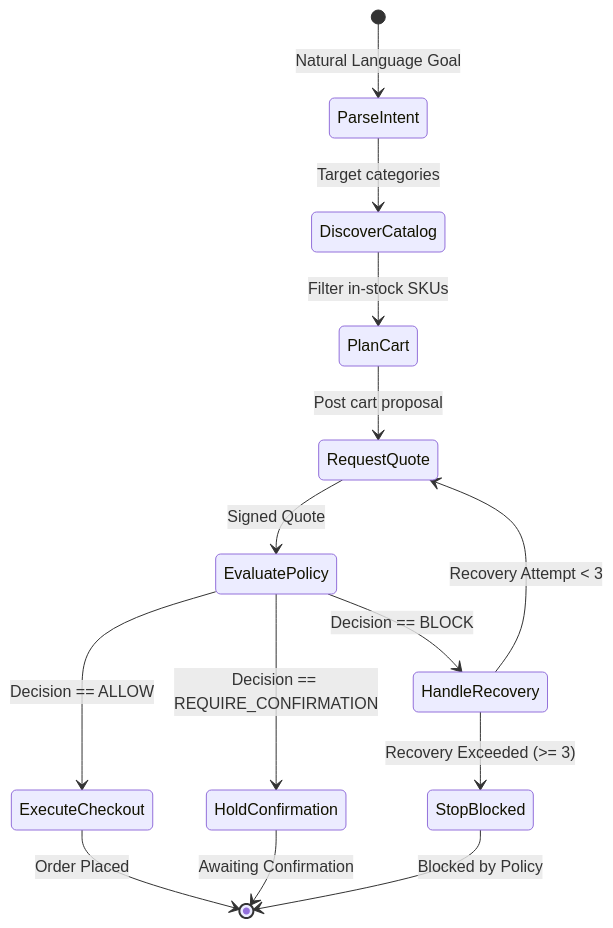
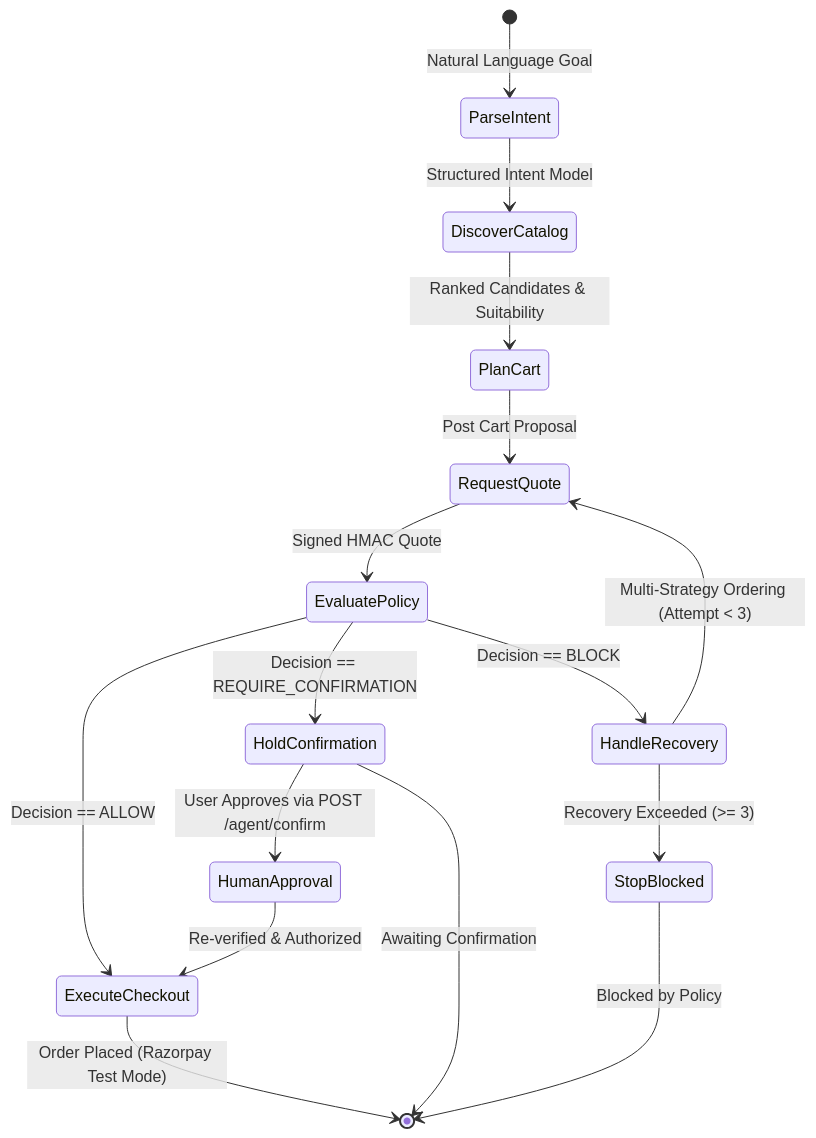
One commit to Praneetshukla/AgentPay changed the diagram in docs/architecture.md. Above: the diagram before and after it, drawn with Mermaid. The commit also changed other lines of this file and 16 other files, not shown here.

Commit message:
feat(phase7): implement Product Ranking Engine, Multi-Strategy Recovery, Confirmation API workflow, 25 evaluation benchmarks, and recovery visual diff in Inspector

````diff
--- a/docs/architecture.md
+++ b/docs/architecture.md
@@ -69,19 +71,22 @@
 ```mermaid
 stateDiagram-v2
     [*] --> ParseIntent: Natural Language Goal
-    ParseIntent --> DiscoverCatalog: Target categories
-    DiscoverCatalog --> PlanCart: Filter in-stock SKUs
-    PlanCart --> RequestQuote: Post cart proposal
-    RequestQuote --> EvaluatePolicy: Signed Quote
+    ParseIntent --> DiscoverCatalog: Structured Intent Model
+    DiscoverCatalog --> PlanCart: Ranked Candidates & Suitability
+    PlanCart --> RequestQuote: Post Cart Proposal
+    RequestQuote --> EvaluatePolicy: Signed HMAC Quote
     
     EvaluatePolicy --> ExecuteCheckout: Decision == ALLOW
     EvaluatePolicy --> HoldConfirmation: Decision == REQUIRE_CONFIRMATION
     EvaluatePolicy --> HandleRecovery: Decision == BLOCK
     
-    HandleRecovery --> RequestQuote: Recovery Attempt < 3
+    HandleRecovery --> RequestQuote: Multi-Strategy Ordering (Attempt < 3)
     HandleRecovery --> StopBlocked: Recovery Exceeded (>= 3)
     
-    ExecuteCheckout --> [*]: Order Placed
+    HoldConfirmation --> HumanApproval: User Approves via POST /agent/confirm
+    HumanApproval --> ExecuteCheckout: Re-verified & Authorized
+    
+    ExecuteCheckout --> [*]: Order Placed (Razorpay Test Mode)
     HoldConfirmation --> [*]: Awaiting Confirmation
     StopBlocked --> [*]: Blocked by Policy
 ```
````
